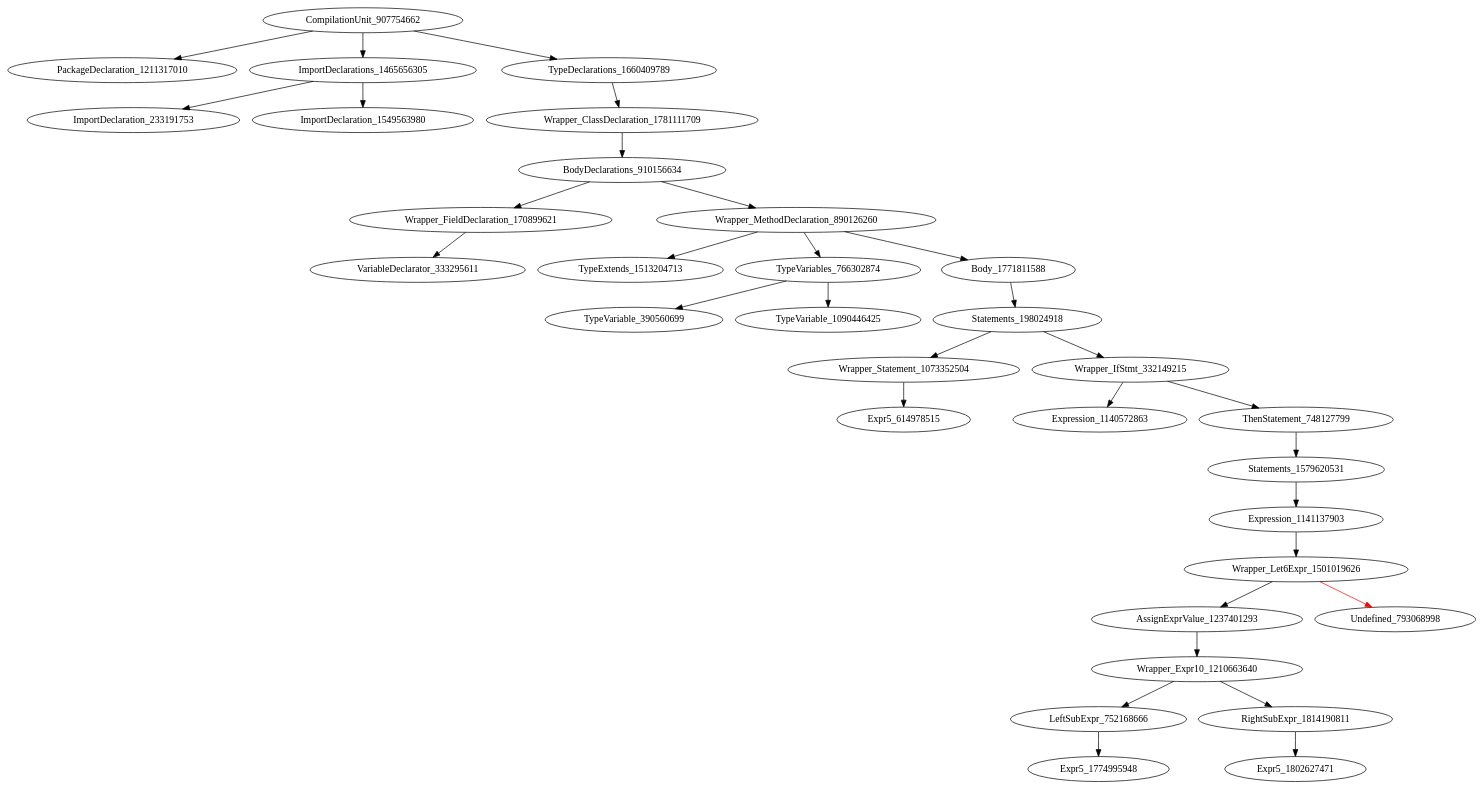
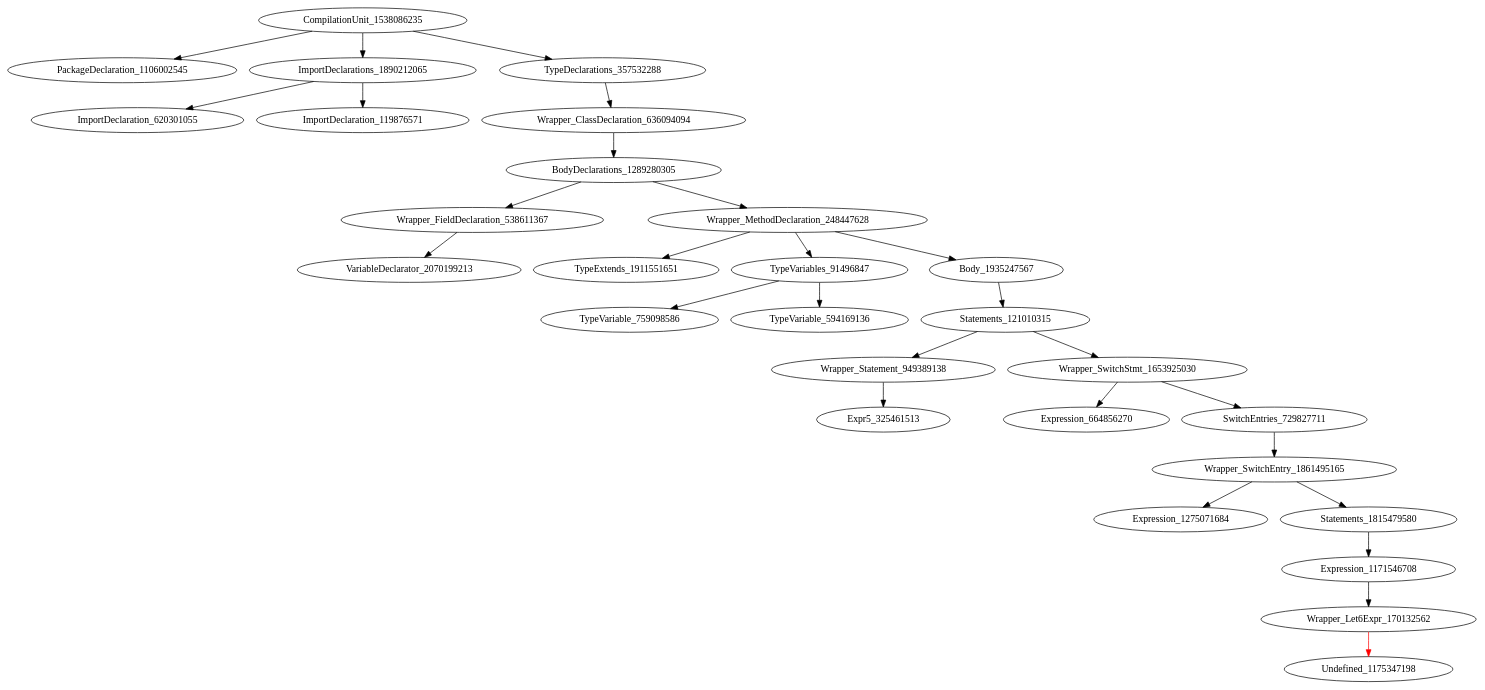
Before and after one commit to icse2023material/VoiceJava: the diagram in holeAST.dot, drawn with Graphviz. The commit also changed 4 other files, not shown here.

Commit message:
[add] switch statment entry support let expression

```diff
--- a/holeAST.dot
+++ b/holeAST.dot
@@ -1,33 +1,29 @@
 digraph {
-CompilationUnit_907754662 -> PackageDeclaration_1211317010
-CompilationUnit_907754662 -> ImportDeclarations_1465656305
-CompilationUnit_907754662 -> TypeDeclarations_1660409789
-ImportDeclarations_1465656305 -> ImportDeclaration_233191753
-ImportDeclarations_1465656305 -> ImportDeclaration_1549563980
-TypeDeclarations_1660409789 -> Wrapper_ClassDeclaration_1781111709
-Wrapper_ClassDeclaration_1781111709 -> BodyDeclarations_910156634
-BodyDeclarations_910156634 -> Wrapper_FieldDeclaration_170899621
-BodyDeclarations_910156634 -> Wrapper_MethodDeclaration_890126260
-Wrapper_FieldDeclaration_170899621 -> VariableDeclarator_333295611
-Wrapper_MethodDeclaration_890126260 -> TypeExtends_1513204713
-Wrapper_MethodDeclaration_890126260 -> TypeVariables_766302874
-Wrapper_MethodDeclaration_890126260 -> Body_1771811588
-TypeVariables_766302874 -> TypeVariable_390560699
-TypeVariables_766302874 -> TypeVariable_1090446425
-Body_1771811588 -> Statements_198024918
-Statements_198024918 -> Wrapper_Statement_1073352504
-Statements_198024918 -> Wrapper_IfStmt_332149215
-Wrapper_Statement_1073352504 -> Expr5_614978515
-Wrapper_IfStmt_332149215 -> Expression_1140572863
-Wrapper_IfStmt_332149215 -> ThenStatement_748127799
-ThenStatement_748127799 -> Statements_1579620531
-Statements_1579620531 -> Expression_1141137903
-Expression_1141137903 -> Wrapper_Let6Expr_1501019626
-Wrapper_Let6Expr_1501019626 -> AssignExprValue_1237401293
-Wrapper_Let6Expr_1501019626 -> Undefined_793068998 [color = red] 
-AssignExprValue_1237401293 -> Wrapper_Expr10_1210663640
-Wrapper_Expr10_1210663640 -> LeftSubExpr_752168666
-Wrapper_Expr10_1210663640 -> RightSubExpr_1814190811
-LeftSubExpr_752168666 -> Expr5_1774995948
-RightSubExpr_1814190811 -> Expr5_1802627471
+CompilationUnit_1538086235 -> PackageDeclaration_1106002545
+CompilationUnit_1538086235 -> ImportDeclarations_1890212065
+CompilationUnit_1538086235 -> TypeDeclarations_357532288
+ImportDeclarations_1890212065 -> ImportDeclaration_620301055
+ImportDeclarations_1890212065 -> ImportDeclaration_119876571
+TypeDeclarations_357532288 -> Wrapper_ClassDeclaration_636094094
+Wrapper_ClassDeclaration_636094094 -> BodyDeclarations_1289280305
+BodyDeclarations_1289280305 -> Wrapper_FieldDeclaration_538611367
+BodyDeclarations_1289280305 -> Wrapper_MethodDeclaration_248447628
+Wrapper_FieldDeclaration_538611367 -> VariableDeclarator_2070199213
+Wrapper_MethodDeclaration_248447628 -> TypeExtends_1911551651
+Wrapper_MethodDeclaration_248447628 -> TypeVariables_91496847
+Wrapper_MethodDeclaration_248447628 -> Body_1935247567
+TypeVariables_91496847 -> TypeVariable_759098586
+TypeVariables_91496847 -> TypeVariable_594169136
+Body_1935247567 -> Statements_121010315
+Statements_121010315 -> Wrapper_Statement_949389138
+Statements_121010315 -> Wrapper_SwitchStmt_1653925030
+Wrapper_Statement_949389138 -> Expr5_325461513
+Wrapper_SwitchStmt_1653925030 -> Expression_664856270
+Wrapper_SwitchStmt_1653925030 -> SwitchEntries_729827711
+SwitchEntries_729827711 -> Wrapper_SwitchEntry_1861495165
+Wrapper_SwitchEntry_1861495165 -> Expression_1275071684
+Wrapper_SwitchEntry_1861495165 -> Statements_1815479580
+Statements_1815479580 -> Expression_1171546708
+Expression_1171546708 -> Wrapper_Let6Expr_170132562
+Wrapper_Let6Expr_170132562 -> Undefined_1175347198 [color = red] 
 }
```
